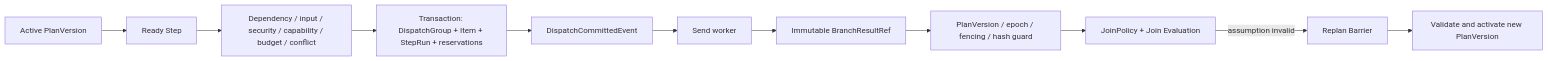
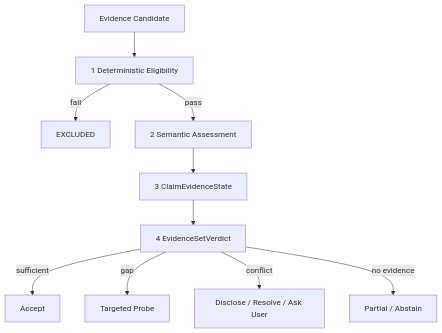
One commit to ProfessorZhi/Zuno changed the tenth of 17 diagrams in docs/architecture/architecture-views.md. Above: the diagram before and after it, drawn with Mermaid. The commit also changed other lines of this file, not shown here.

Commit message:
docs(architecture): refresh architecture v2 visual atlas [agent=chatgpt model=gpt-5.6-thinking worker=chatgpt-architecture-v2-001]

````diff
--- a/docs/architecture/architecture-views.md
+++ b/docs/architecture/architecture-views.md
@@ -138,13 +287,12 @@
 ```mermaid
-flowchart LR
-  ACTIVE[Active PlanVersion] --> READY[Ready Step]
-  READY --> CHECK[Dependency / input / security / capability / budget / conflict]
-  CHECK --> TX[Transaction: DispatchGroup + Item + StepRun + reservations]
-  TX --> EVENT[DispatchCommittedEvent]
-  EVENT --> SEND[Send worker]
-  SEND --> RESULT[Immutable BranchResultRef]
-  RESULT --> GUARD[PlanVersion / epoch / fencing / hash guard]
-  GUARD --> JOIN[JoinPolicy + Join Evaluation]
-  JOIN -->|assumption invalid| BARRIER[Replan Barrier]
-  BARRIER --> NEW[Validate and activate new PlanVersion]
+flowchart TD
+    E[Evidence Candidate] --> L1[1 Deterministic Eligibility]
+    L1 -->|fail| X[EXCLUDED]
+    L1 -->|pass| L2[2 Semantic Assessment]
+    L2 --> L3[3 ClaimEvidenceState]
+    L3 --> L4[4 EvidenceSetVerdict]
+    L4 -->|sufficient| A[Accept]
+    L4 -->|gap| P[Targeted Probe]
+    L4 -->|conflict| C[Disclose / Resolve / Ask User]
+    L4 -->|no evidence| N[Partial / Abstain]
 ```
````
